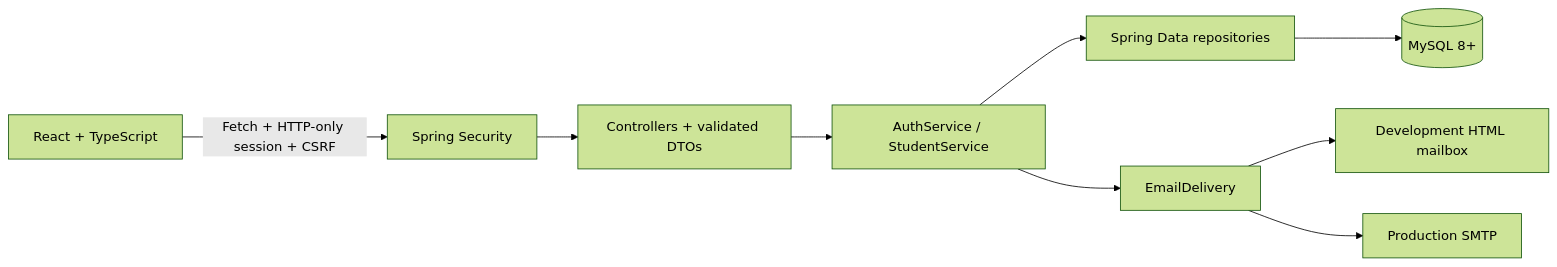
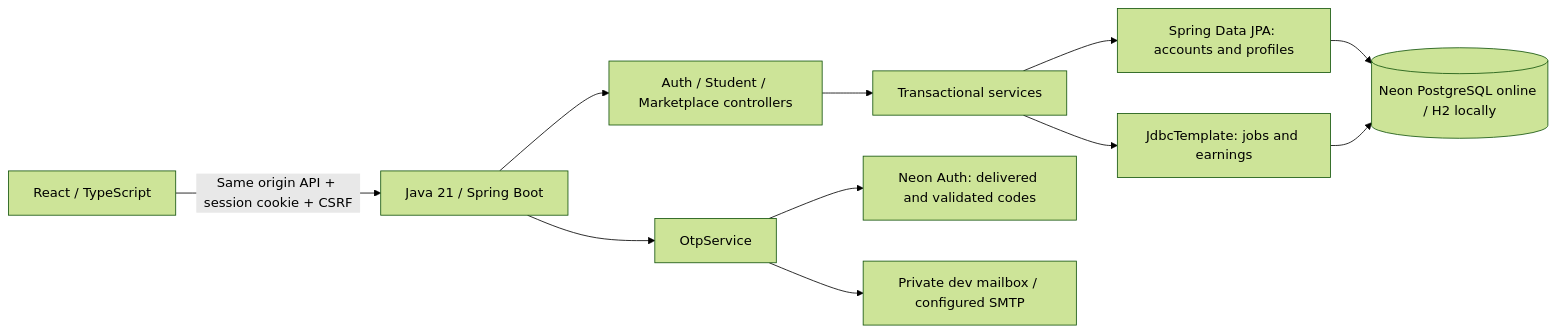
One commit to shanmukhreddy-7/Javac changed the diagram in docs/ARCHITECTURE.md. Above: the diagram before and after it, drawn with Mermaid (forest theme). The commit also changed other lines of this file and 87 other files, not shown here.

Commit message:
Build verified Java campus marketplace and organize frontend backend database

````diff
--- a/docs/ARCHITECTURE.md
+++ b/docs/ARCHITECTURE.md
@@ -3,11 +3,13 @@
 ```mermaid
 flowchart LR
- Browser[React + TypeScript] -->|Fetch + HTTP-only session + CSRF| Security[Spring Security]
- Security --> Controller[Controllers + validated DTOs]
- Controller --> Services[AuthService / StudentService]
- Services --> Repositories[Spring Data repositories]
- Repositories --> MySQL[(MySQL 8+)]
- Services --> Delivery[EmailDelivery]
- Delivery --> Dev[Development HTML mailbox]
- Delivery --> SMTP[Production SMTP]
+ Browser[React / TypeScript] -->|Same origin API + session cookie + CSRF| Java[Java 21 / Spring Boot]
+ Java --> Controllers[Auth / Student / Marketplace controllers]
+ Controllers --> Services[Transactional services]
+ Services --> JPA[Spring Data JPA: accounts and profiles]
+ Services --> JDBC[JdbcTemplate: jobs and earnings]
+ JPA --> DB[(Neon PostgreSQL online / H2 locally)]
+ JDBC --> DB
+ Java --> Codes[OtpService]
+ Codes --> Neon[Neon Auth: delivered and validated codes]
+ Codes --> Local[Private dev mailbox / configured SMTP]
 ```
````
